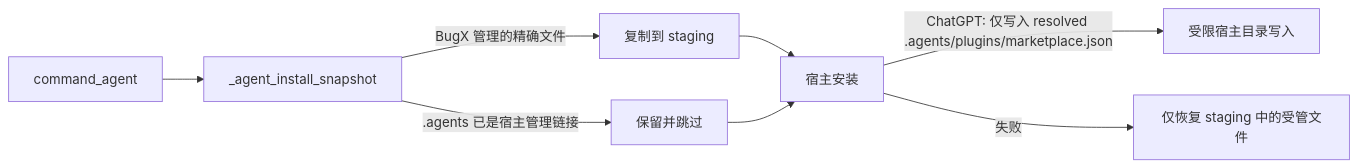
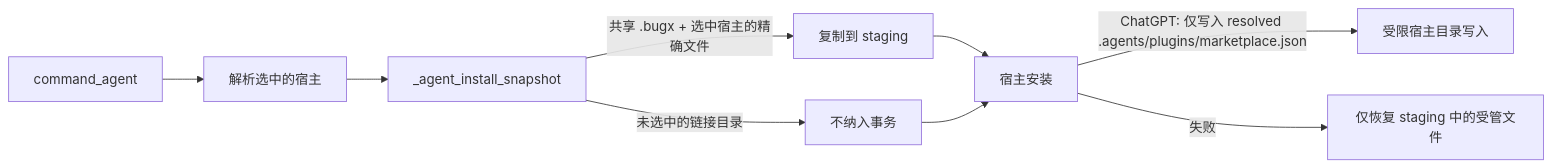
Before and after one commit to Bencibr/bugx: the third of 53 diagrams in docs/02_architecture/01_ARCHITECTURE.md, drawn with Mermaid. The commit also changed other lines of this file and 84 other files, not shown here.

````diff
--- a/docs/02_architecture/01_ARCHITECTURE.md
+++ b/docs/02_architecture/01_ARCHITECTURE.md
@@ -344,10 +390,11 @@
 ```mermaid
 flowchart LR
-    A[command_agent] --> B[_agent_install_snapshot]
-    B -->|BugX 管理的精确文件| C[复制到 staging]
-    B -->|.agents 已是宿主管理链接| D[保留并跳过]
+    A[command_agent] --> S[解析选中的宿主]
+    S --> B[_agent_install_snapshot]
+    B -->|共享 .bugx + 选中宿主的精确文件| C[复制到 staging]
+    B -->|未选中的链接目录| D[不纳入事务]
     C --> E[宿主安装]
     D --> E
     E -->|ChatGPT: 仅写入 resolved .agents/plugins/marketplace.json| G[受限宿主目录写入]
     E -->|失败| F[仅恢复 staging 中的受管文件]
 ```
````
